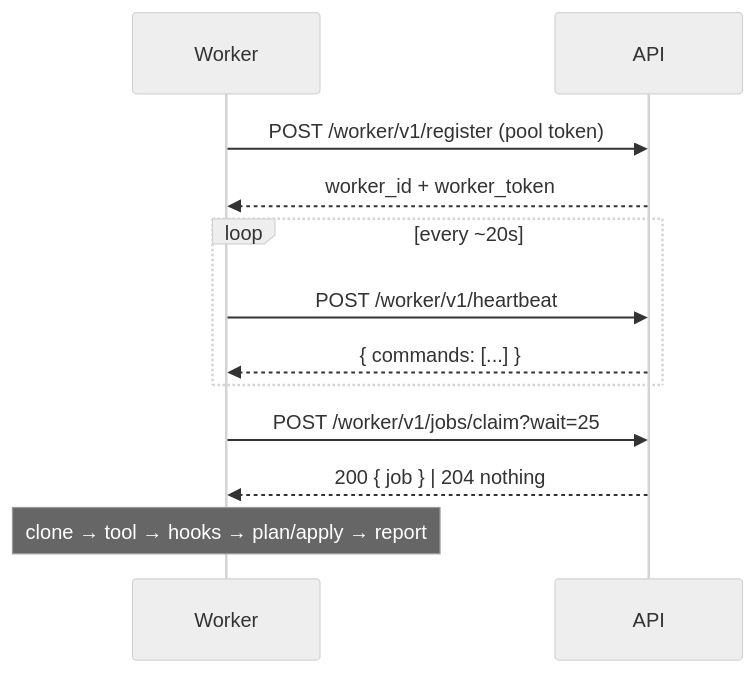
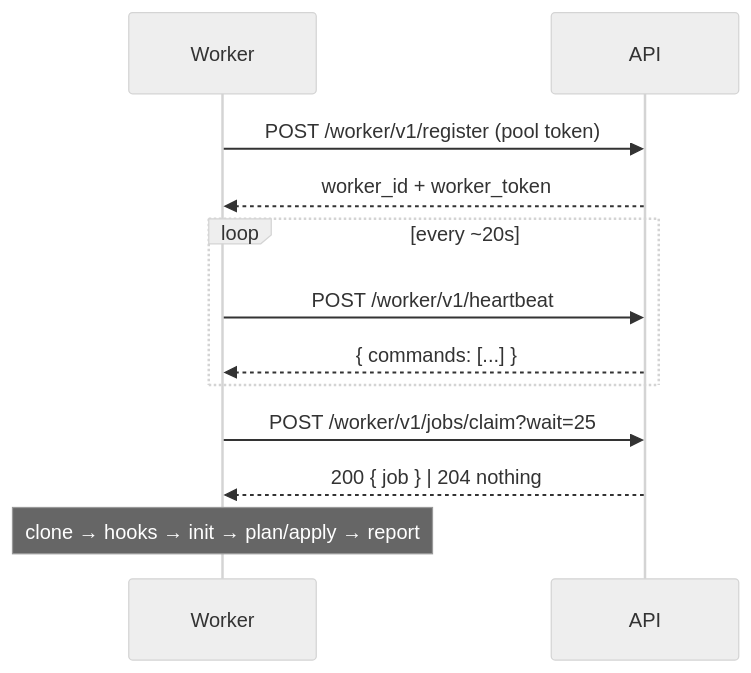
One commit to fmiquel90/stackd changed the diagram in docs/guide/workers-and-scaling.md. Above: the diagram before and after it, drawn with Mermaid (neutral theme). The commit also changed other lines of this file and 8 other files, not shown here.

````diff
--- a/docs/guide/workers-and-scaling.md
+++ b/docs/guide/workers-and-scaling.md
@@ -17,14 +17,14 @@
 ```mermaid
 sequenceDiagram
     participant W as Worker
     participant A as API
     W->>A: POST /worker/v1/register (pool token)
     A-->>W: worker_id + worker_token
     loop every ~20s
         W->>A: POST /worker/v1/heartbeat
         A-->>W: { commands: [...] }
     end
     W->>A: POST /worker/v1/jobs/claim?wait=25
     A-->>W: 200 { job } | 204 nothing
-    Note over W: clone → tool → hooks → plan/apply → report
+    Note over W: clone → hooks → init → plan/apply → report
 ```
````
